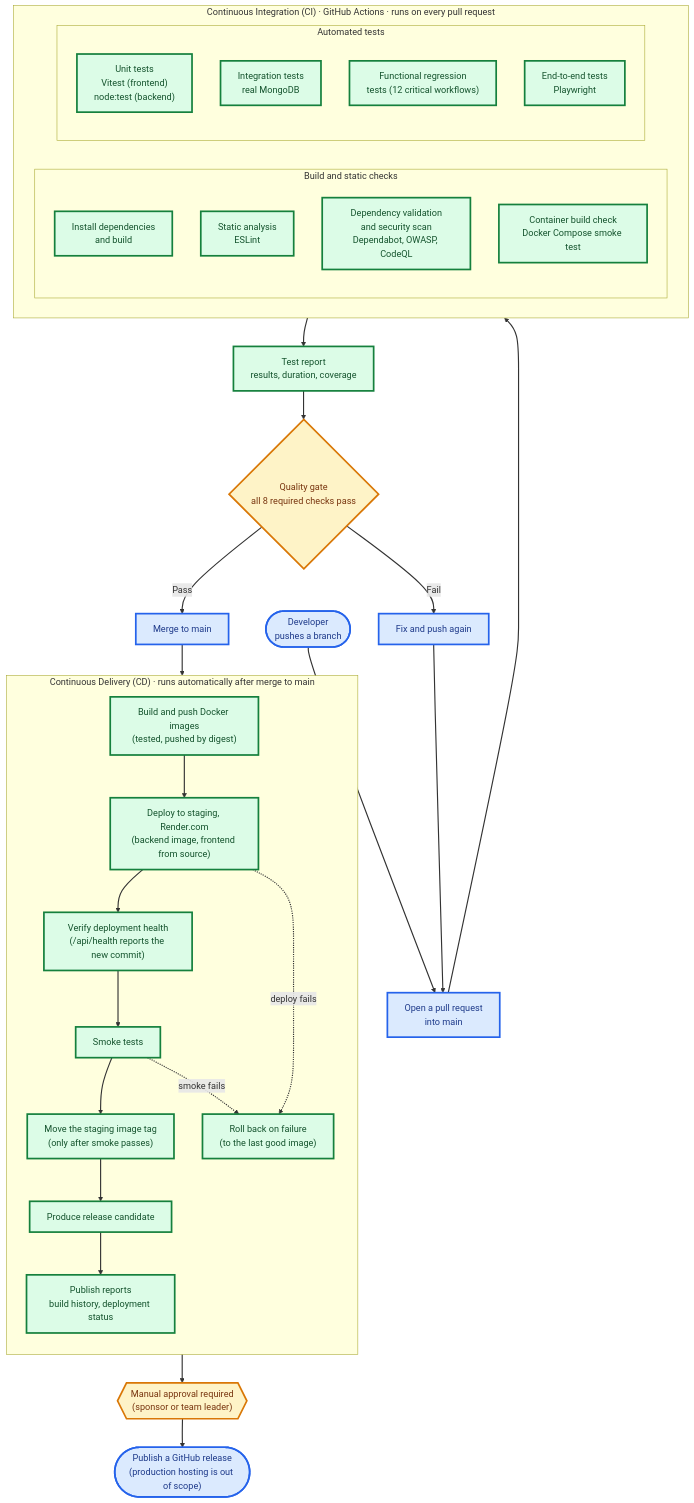
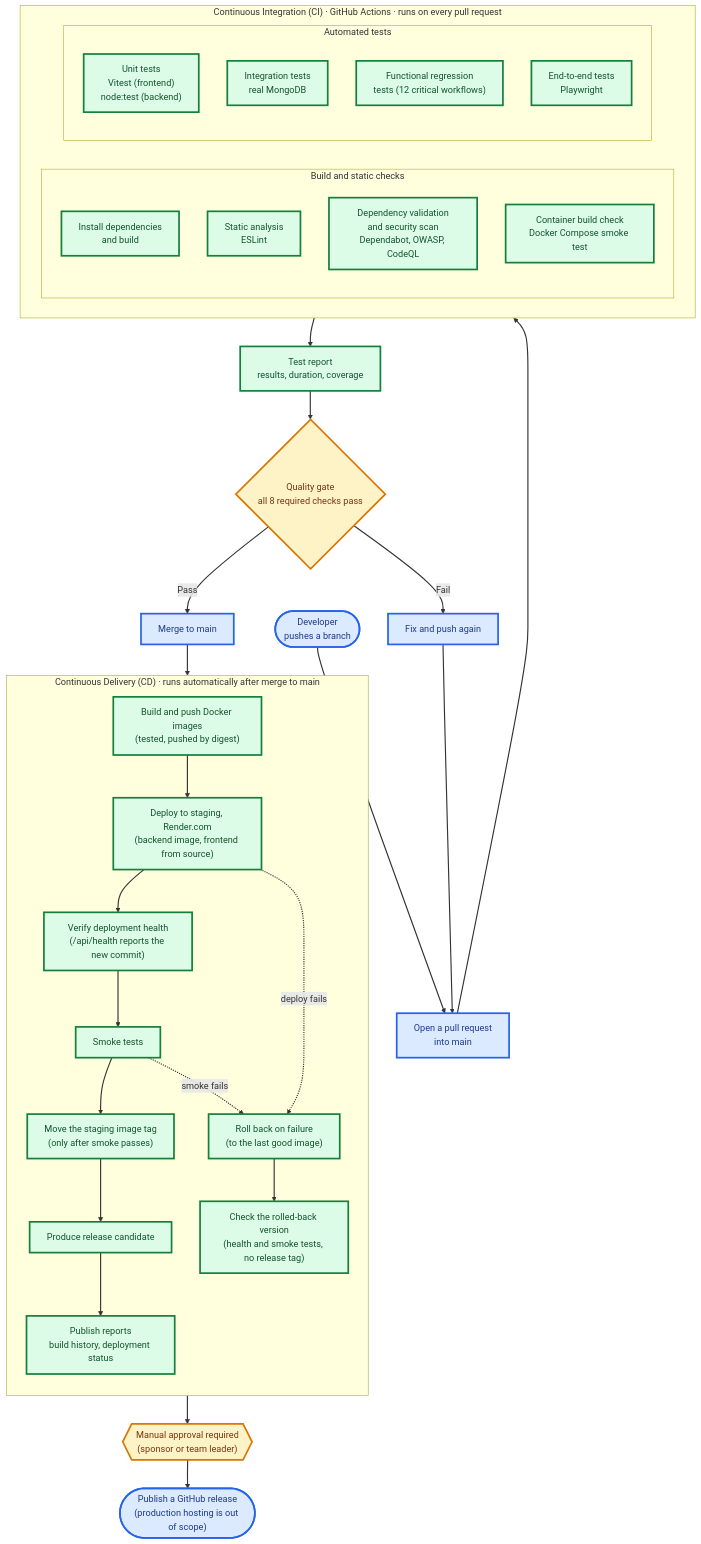
Before and after one commit to IT7993-FALL-2026-PEERS/ProjectPeerEvaluation: the first of 4 diagrams in README.md, drawn with Mermaid. The commit also changed other lines of this file, not shown here.

Commit message:
Show what happens after a rollback in both README pipeline diagrams
The rollback box was a dead end. CD checks the rolled-back version with a
deployment report and the smoke tests, and the run still ends red with no
release tag. Docs only.

````diff
--- a/README.md
+++ b/README.md
@@ -64,59 +64,61 @@
 ```mermaid
 flowchart TB
     DEV(["Developer<br/>pushes a branch"]) --> PR["Open a pull request<br/>into main"]
 
     subgraph CI["Continuous Integration (CI) · GitHub Actions · runs on every pull request"]
         direction LR
         subgraph STATIC["Build and static checks"]
             direction TB
             BUILD_APP["Install dependencies<br/>and build"]
             LINT["Static analysis<br/>ESLint"]
             SEC["Dependency validation<br/>and security scan<br/>Dependabot, OWASP, CodeQL"]
             DOCKER["Container build check<br/>Docker Compose smoke test"]
         end
         subgraph TESTS["Automated tests"]
             direction TB
             UNIT["Unit tests<br/>Vitest (frontend)<br/>node:test (backend)"]
             INTEG["Integration tests<br/>real MongoDB"]
             REG["Functional regression<br/>tests (12 critical workflows)"]
             E2E["End-to-end tests<br/>Playwright"]
         end
     end
 
     PR --> CI
     CI --> REPORT["Test report<br/>results, duration, coverage"]
     REPORT --> GATE{"Quality gate<br/>all 8 required checks pass"}
     GATE -- "Fail" --> FIX["Fix and push again"]
     FIX --> PR
     GATE -- "Pass" --> MERGE["Merge to main"]
 
     subgraph CD["Continuous Delivery (CD) · runs automatically after merge to main"]
         direction TB
         ARTIFACTS["Build and push Docker images<br/>(tested, pushed by digest)"]
         STG["Deploy to staging, Render.com<br/>(backend image, frontend from source)"]
         HEALTH["Verify deployment health<br/>(/api/health reports the new commit)"]
         SMOKE["Smoke tests"]
         TAG["Move the staging image tag<br/>(only after smoke passes)"]
         RC["Produce release candidate"]
         DREPORT["Publish reports<br/>build history, deployment status"]
         ROLLBACK["Roll back on failure<br/>(to the last good image)"]
+        RBCHECK["Check the rolled-back version<br/>(health and smoke tests, no release tag)"]
         ARTIFACTS --> STG --> HEALTH --> SMOKE --> TAG --> RC --> DREPORT
         STG -. "deploy fails" .-> ROLLBACK
         SMOKE -. "smoke fails" .-> ROLLBACK
+        ROLLBACK --> RBCHECK
     end
 
     MERGE --> ARTIFACTS
     DREPORT --> APPROVE{{"Manual approval required<br/>(sponsor or team leader)"}}
     APPROVE --> PROD(["Publish a GitHub release<br/>(production hosting is out of scope)"])
 
     classDef done fill:#dcfce7,stroke:#15803d,color:#14532d,stroke-width:3px
     classDef partial fill:#ecfccb,stroke:#4d7c0f,color:#365314,stroke-width:3px,stroke-dasharray: 9 6
     classDef planned fill:#f1f5f9,stroke:#475569,color:#334155,stroke-width:3px,stroke-dasharray: 9 6
     classDef gate fill:#fef3c7,stroke:#d97706,color:#78350f,stroke-width:3px
     classDef endpoint fill:#dbeafe,stroke:#2563eb,color:#1e3a8a,stroke-width:3px
     linkStyle default stroke-width:2px
 
-    class BUILD_APP,LINT,SEC,DOCKER,UNIT,INTEG,REG,E2E,REPORT,ARTIFACTS,STG,SMOKE,HEALTH,TAG,RC,DREPORT,ROLLBACK done
+    class BUILD_APP,LINT,SEC,DOCKER,UNIT,INTEG,REG,E2E,REPORT,ARTIFACTS,STG,SMOKE,HEALTH,TAG,RC,DREPORT,ROLLBACK,RBCHECK done
     class GATE,APPROVE gate
     class DEV,PROD,PR,MERGE,FIX endpoint
 ```
````
